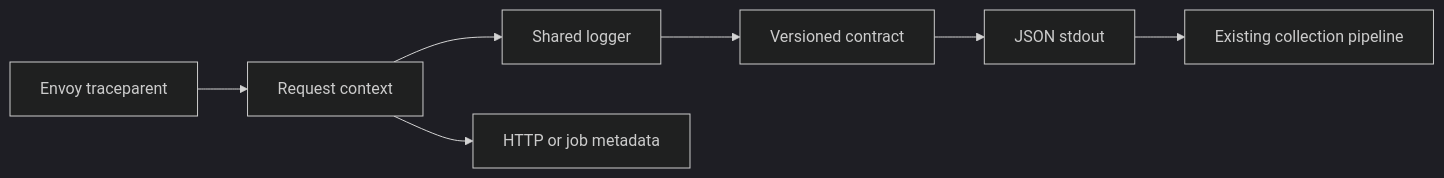
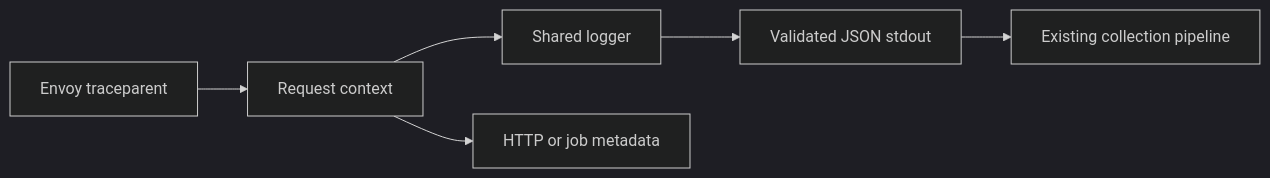
One commit to onenexus-team/onenexus-sdks changed the diagram in ts/packages/observability/README.md. Above: the diagram before and after it, drawn with Mermaid (dark theme). The commit also changed other lines of this file and 119 other files, not shown here.

````diff
--- a/ts/packages/observability/README.md
+++ b/ts/packages/observability/README.md
@@ -5,9 +5,8 @@
 ```mermaid
 flowchart LR
     E[Envoy traceparent] --> C[Request context]
     C --> L[Shared logger]
     C --> H[HTTP or job metadata]
-    L --> V[Versioned contract]
-    V --> O[JSON stdout]
+    L --> O[Validated JSON stdout]
     O --> P[Existing collection pipeline]
 ```
````
